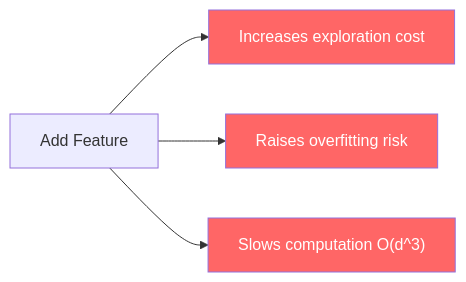
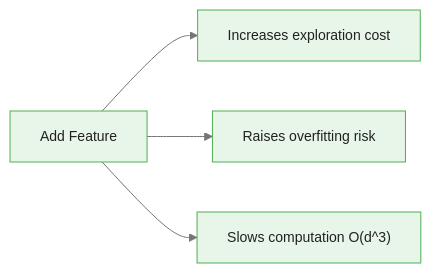
The second of 3 diagrams in courses/multi-armed-bandits-ab-testing/modules/module_03_contextual_bandits/guides/03_feature_engineering_bandits_slides.md (m-deane/course-creator), drawn with Mermaid before and after one commit. The commit also changed other lines of this file and 146 other files, not shown here.

````diff
--- a/courses/multi-armed-bandits-ab-testing/modules/module_03_contextual_bandits/guides/03_feature_engineering_bandits_slides.md
+++ b/courses/multi-armed-bandits-ab-testing/modules/module_03_contextual_bandits/guides/03_feature_engineering_bandits_slides.md
@@ -177,9 +220,7 @@
 ```mermaid
+%%{init: {"theme": "base", "themeVariables": {"primaryColor": "#e8f5e9", "primaryBorderColor": "#4caf50", "primaryTextColor": "#212121", "secondaryColor": "#e3f2fd", "tertiaryColor": "#fff8e1", "lineColor": "#757575", "fontFamily": "Inter, sans-serif", "fontSize": "14px"}}}%%
 flowchart LR
     Add["Add Feature"] --> Cost1["Increases exploration cost"]
     Add --> Cost2["Raises overfitting risk"]
     Add --> Cost3["Slows computation O(d^3)"]
-    style Cost1 fill:#f66,color:#fff
-    style Cost2 fill:#f66,color:#fff
-    style Cost3 fill:#f66,color:#fff
 ```
````
